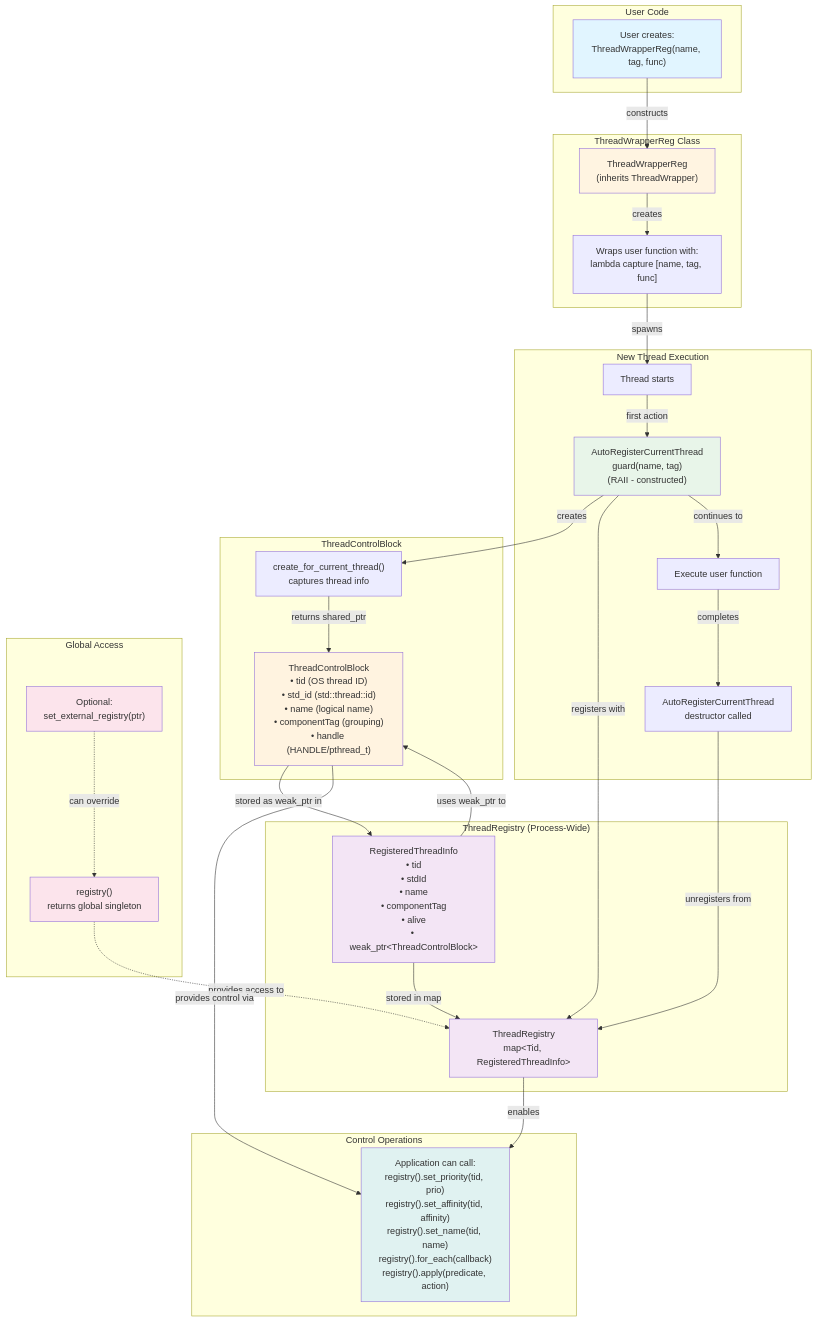
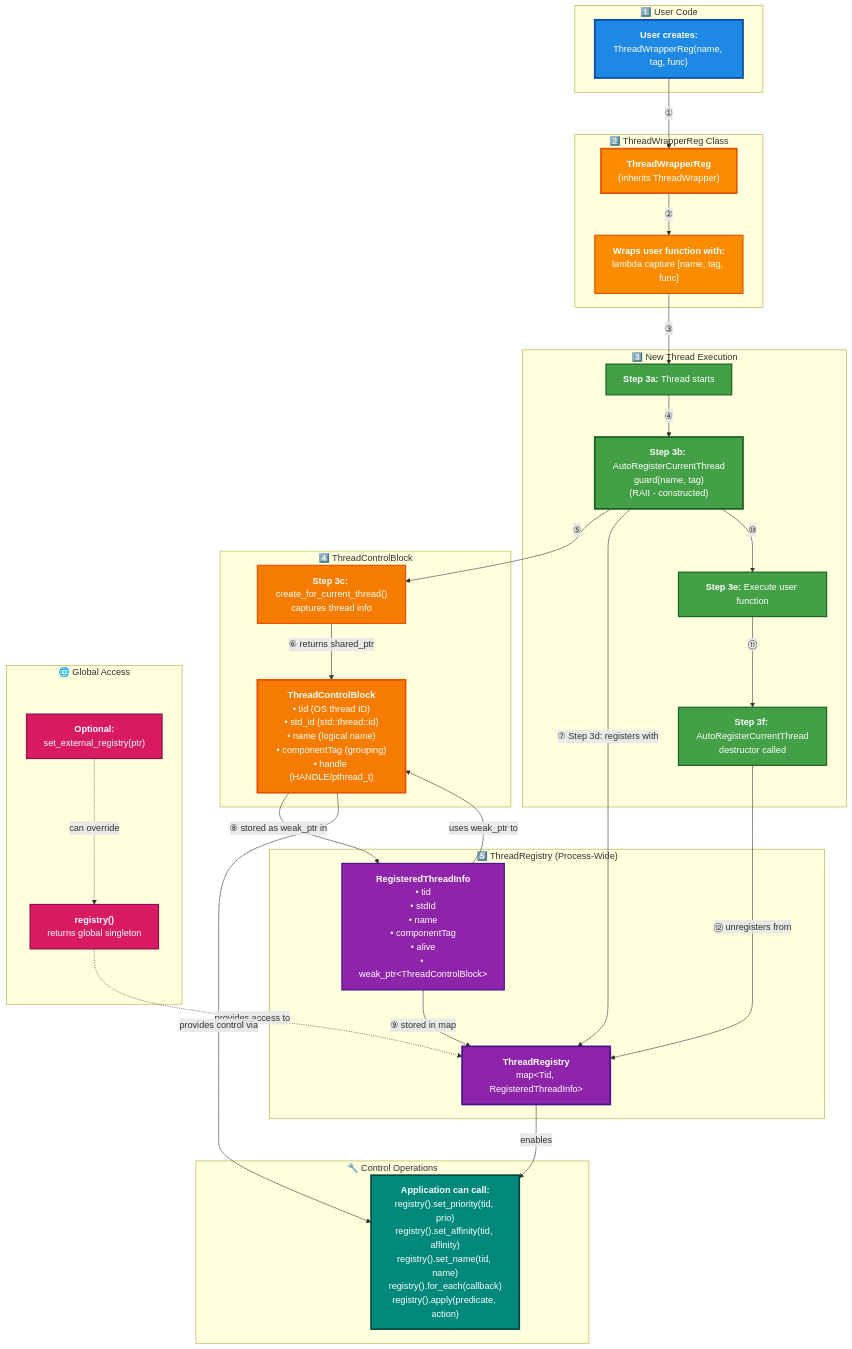
The diagram in docs/REGISTRY.md (Katze719/ThreadSchedule), drawn with Mermaid before and after one commit.

Commit message:
Improve diagram with better contrast colors and numbered execution order

````diff
--- a/docs/REGISTRY.md
+++ b/docs/REGISTRY.md
@@ -20,67 +20,72 @@
 ```mermaid
 graph TB
-    subgraph "User Code"
-        User["User creates:<br/>ThreadWrapperReg(name, tag, func)"]
+    subgraph "1️⃣ User Code"
+        User["<b>User creates:</b><br/>ThreadWrapperReg(name, tag, func)"]
     end
     
-    subgraph "ThreadWrapperReg Class"
-        TWR["ThreadWrapperReg<br/>(inherits ThreadWrapper)"]
-        Lambda["Wraps user function with:<br/>lambda capture [name, tag, func]"]
+    subgraph "2️⃣ ThreadWrapperReg Class"
+        TWR["<b>ThreadWrapperReg</b><br/>(inherits ThreadWrapper)"]
+        Lambda["<b>Wraps user function with:</b><br/>lambda capture [name, tag, func]"]
     end
     
-    subgraph "New Thread Execution"
-        Start["Thread starts"]
-        Guard["AutoRegisterCurrentThread<br/>guard(name, tag)<br/>(RAII - constructed)"]
-        Exec["Execute user function"]
-        Cleanup["AutoRegisterCurrentThread<br/>destructor called"]
+    subgraph "3️⃣ New Thread Execution"
+        Start["<b>Step 3a:</b> Thread starts"]
+        Guard["<b>Step 3b:</b> AutoRegisterCurrentThread<br/>guard(name, tag)<br/>(RAII - constructed)"]
+        Exec["<b>Step 3e:</b> Execute user function"]
+        Cleanup["<b>Step 3f:</b> AutoRegisterCurrentThread<br/>destructor called"]
     end
     
-    subgraph "ThreadControlBlock"
-        TCB["ThreadControlBlock<br/>• tid (OS thread ID)<br/>• std_id (std::thread::id)<br/>• name (logical name)<br/>• componentTag (grouping)<br/>• handle (HANDLE/pthread_t)"]
-        Create["create_for_current_thread()<br/>captures thread info"]
+    subgraph "4️⃣ ThreadControlBlock"
+        Create["<b>Step 3c:</b> create_for_current_thread()<br/>captures thread info"]
+        TCB["<b>ThreadControlBlock</b><br/>• tid (OS thread ID)<br/>• std_id (std::thread::id)<br/>• name (logical name)<br/>• componentTag (grouping)<br/>• handle (HANDLE/pthread_t)"]
     end
     
-    subgraph "ThreadRegistry (Process-Wide)"
-        Registry["ThreadRegistry<br/>map&lt;Tid, RegisteredThreadInfo&gt;"]
-        RegInfo["RegisteredThreadInfo<br/>• tid<br/>• stdId<br/>• name<br/>• componentTag<br/>• alive<br/>• weak_ptr&lt;ThreadControlBlock&gt;"]
+    subgraph "5️⃣ ThreadRegistry (Process-Wide)"
+        Registry["<b>ThreadRegistry</b><br/>map&lt;Tid, RegisteredThreadInfo&gt;"]
+        RegInfo["<b>RegisteredThreadInfo</b><br/>• tid<br/>• stdId<br/>• name<br/>• componentTag<br/>• alive<br/>• weak_ptr&lt;ThreadControlBlock&gt;"]
     end
     
-    subgraph "Global Access"
-        GlobalReg["registry()<br/>returns global singleton"]
-        ExtReg["Optional:<br/>set_external_registry(ptr)"]
+    subgraph "🌐 Global Access"
+        GlobalReg["<b>registry()</b><br/>returns global singleton"]
+        ExtReg["<b>Optional:</b><br/>set_external_registry(ptr)"]
     end
     
-    User -->|constructs| TWR
-    TWR -->|creates| Lambda
-    Lambda -->|spawns| Start
-    Start -->|first action| Guard
-    Guard -->|creates| Create
-    Create -->|returns shared_ptr| TCB
-    Guard -->|registers with| Registry
-    TCB -->|stored as weak_ptr in| RegInfo
-    RegInfo -->|stored in map| Registry
-    Guard -->|continues to| Exec
-    Exec -->|completes| Cleanup
-    Cleanup -->|unregisters from| Registry
+    User -->|①| TWR
+    TWR -->|②| Lambda
+    Lambda -->|③| Start
+    Start -->|④| Guard
+    Guard -->|⑤| Create
+    Create -->|⑥ returns shared_ptr| TCB
+    Guard -->|⑦ Step 3d: registers with| Registry
+    TCB -->|⑧ stored as weak_ptr in| RegInfo
+    RegInfo -->|⑨ stored in map| Registry
+    Guard -->|⑩| Exec
+    Exec -->|⑪| Cleanup
+    Cleanup -->|⑫ unregisters from| Registry
     
     GlobalReg -.->|provides access to| Registry
     ExtReg -.->|can override| GlobalReg
     
-    subgraph "Control Operations"
-        Control["Application can call:<br/>registry().set_priority(tid, prio)<br/>registry().set_affinity(tid, affinity)<br/>registry().set_name(tid, name)<br/>registry().for_each(callback)<br/>registry().apply(predicate, action)"]
+    subgraph "🔧 Control Operations"
+        Control["<b>Application can call:</b><br/>registry().set_priority(tid, prio)<br/>registry().set_affinity(tid, affinity)<br/>registry().set_name(tid, name)<br/>registry().for_each(callback)<br/>registry().apply(predicate, action)"]
     end
     
     Registry -->|enables| Control
     RegInfo -->|uses weak_ptr to| TCB
     TCB -->|provides control via| Control
     
-    style User fill:#e1f5ff
-    style TWR fill:#fff4e1
-    style Guard fill:#e8f5e9
-    style TCB fill:#fff3e0
-    style Registry fill:#f3e5f5
-    style RegInfo fill:#f3e5f5
-    style Control fill:#e0f2f1
-    style GlobalReg fill:#fce4ec
-    style ExtReg fill:#fce4ec
+    style User fill:#1e88e5,stroke:#0d47a1,stroke-width:3px,color:#fff
+    style TWR fill:#fb8c00,stroke:#e65100,stroke-width:3px,color:#fff
+    style Lambda fill:#fb8c00,stroke:#e65100,stroke-width:2px,color:#fff
+    style Start fill:#43a047,stroke:#1b5e20,stroke-width:2px,color:#fff
+    style Guard fill:#43a047,stroke:#1b5e20,stroke-width:3px,color:#fff
+    style Exec fill:#43a047,stroke:#1b5e20,stroke-width:2px,color:#fff
+    style Cleanup fill:#43a047,stroke:#1b5e20,stroke-width:2px,color:#fff
+    style Create fill:#f57c00,stroke:#e65100,stroke-width:2px,color:#fff
+    style TCB fill:#f57c00,stroke:#e65100,stroke-width:3px,color:#fff
+    style Registry fill:#8e24aa,stroke:#4a148c,stroke-width:3px,color:#fff
+    style RegInfo fill:#8e24aa,stroke:#4a148c,stroke-width:2px,color:#fff
+    style Control fill:#00897b,stroke:#004d40,stroke-width:3px,color:#fff
+    style GlobalReg fill:#d81b60,stroke:#880e4f,stroke-width:2px,color:#fff
+    style ExtReg fill:#d81b60,stroke:#880e4f,stroke-width:2px,color:#fff
 ```
````
